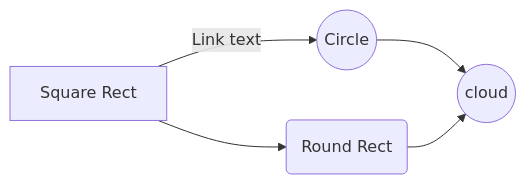
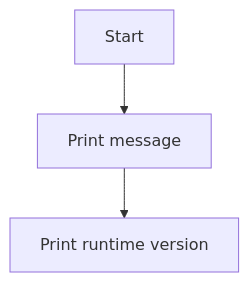
Before and after one commit to gocoderio/tour: the diagram in README.md, drawn with Mermaid. The commit also changed other lines of this file and 35 other files, not shown here.

Commit message:
added charts

```diff
--- a/README.md
+++ b/README.md
@@ -3,7 +3,5 @@
 <div id="chart" class="mermaid" style="max-width:200px;">
-graph LR
-    A[Square Rect] -- Link text --> B((Circle))
-    A --> C(Round Rect)
-    B --> D((cloud))
-    C --> D
+graph TD;
+A[Start] --> B[Print message];
+B --> C[Print runtime version];
 </div>
```
